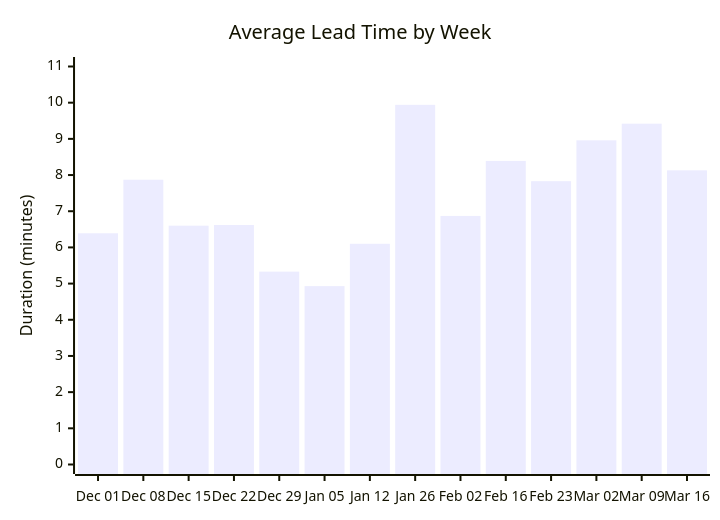
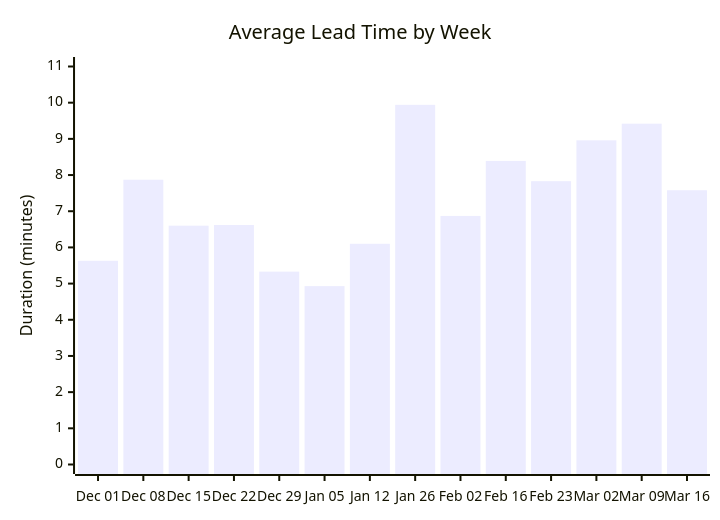
One commit to ukma-cs-ssdm-2025/rate-ukma changed the second of 4 diagrams in docs/ci-cd/dora-summary.md. Above: the diagram before and after it, drawn with Mermaid. The commit also changed other lines of this file, not shown here.

````diff
--- a/docs/ci-cd/dora-summary.md
+++ b/docs/ci-cd/dora-summary.md
@@ -30,7 +31,7 @@
 ```mermaid
 xychart-beta
     title "Average Lead Time by Week"
     x-axis ["Dec 01", "Dec 08", "Dec 15", "Dec 22", "Dec 29", "Jan 05", "Jan 12", "Jan 26", "Feb 02", "Feb 16", "Feb 23", "Mar 02", "Mar 09", "Mar 16"]
     y-axis "Duration (minutes)" 0 --> 11
-    bar [6.39, 7.87, 6.60, 6.62, 5.33, 4.93, 6.10, 9.94, 6.87, 8.39, 7.83, 8.96, 9.42, 8.13]
+    bar [5.63, 7.87, 6.60, 6.62, 5.33, 4.93, 6.10, 9.94, 6.87, 8.39, 7.83, 8.96, 9.42, 7.58]
 ```
````
